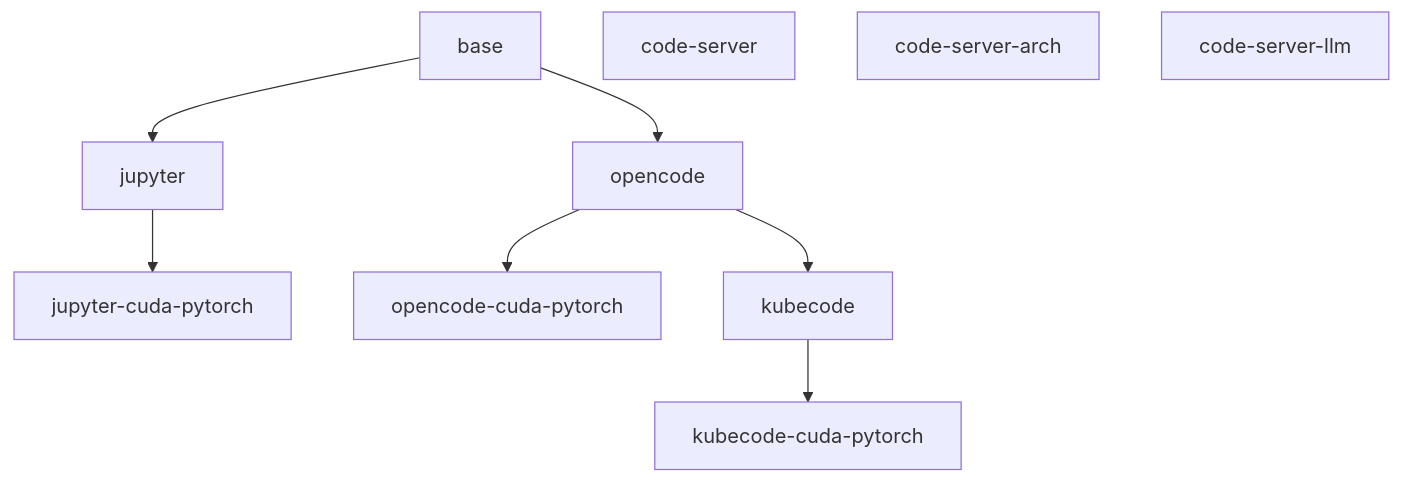
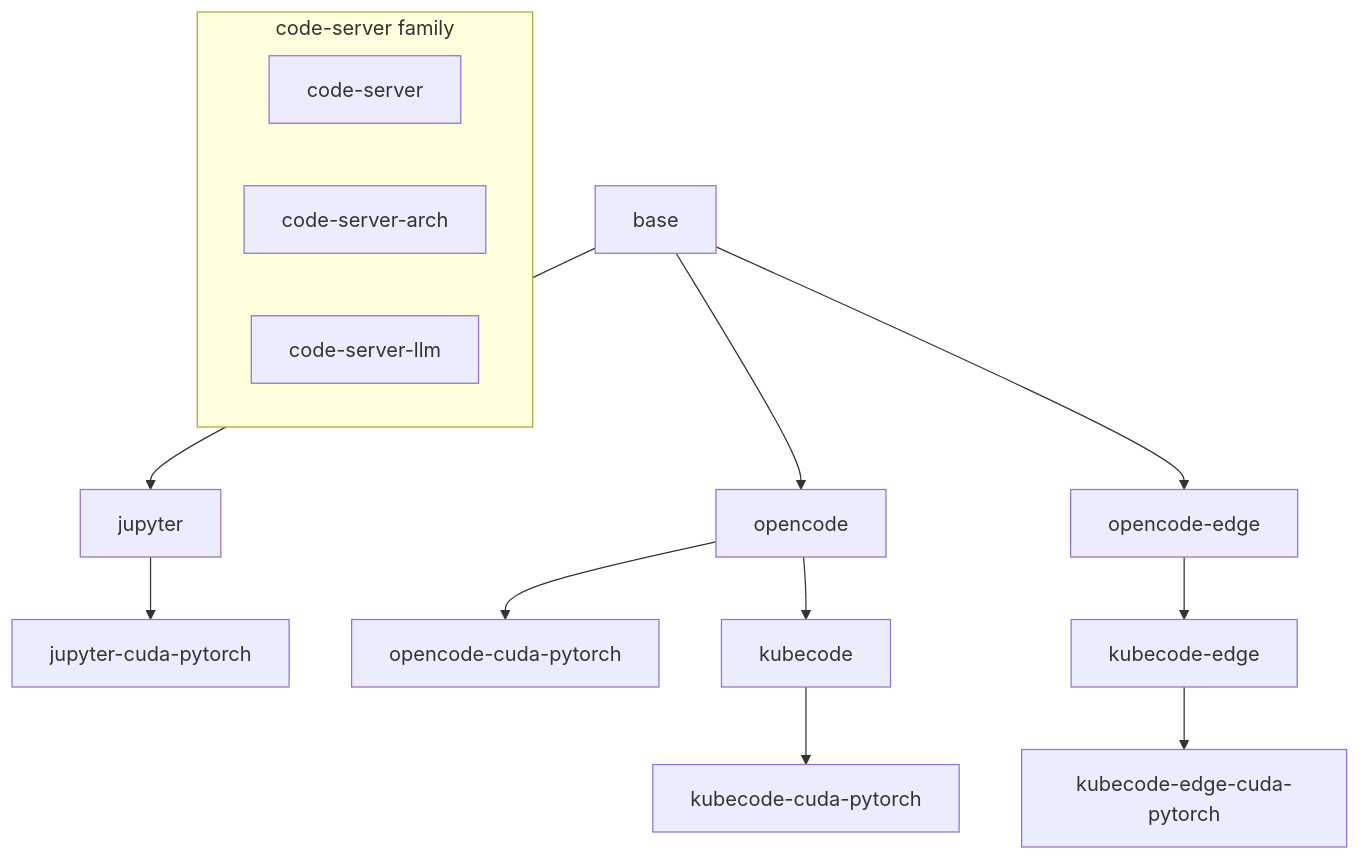
Before and after one commit to TerenceLiu98/staging-containers: the diagram in kubeflow/README.md, drawn with Mermaid. The commit also changed other lines of this file and 5 other files, not shown here.

````diff
--- a/kubeflow/README.md
+++ b/kubeflow/README.md
@@ -8,12 +8,17 @@
 ```mermaid
 graph TD
     base[base] --> jupyter[jupyter]
     jupyter --> jupyter_cuda[jupyter-cuda-pytorch]
     base --> opencode[opencode]
     opencode --> opencode_cuda[opencode-cuda-pytorch]
     opencode --> kubecode[kubecode]
     kubecode --> kubecode_cuda[kubecode-cuda-pytorch]
-    code_server[code-server]
-    code_server_arch[code-server-arch]
-    code_server_llm[code-server-llm]
+    base --> opencode_edge[opencode-edge]
+    opencode_edge --> kubecode_edge[kubecode-edge]
+    kubecode_edge --> kubecode_edge_cuda[kubecode-edge-cuda-pytorch]
+    subgraph cs["code-server family"]
+        code_server[code-server]
+        code_server_arch[code-server-arch]
+        code_server_llm[code-server-llm]
+    end
 ```
````
